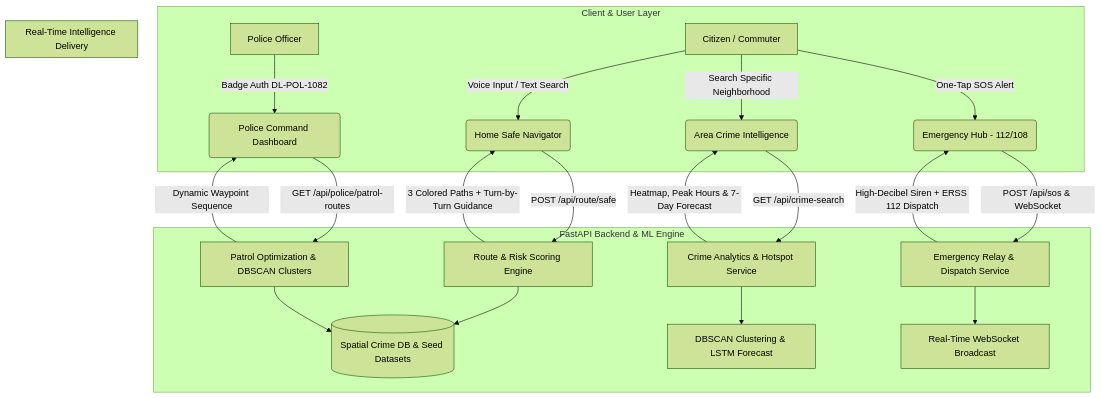
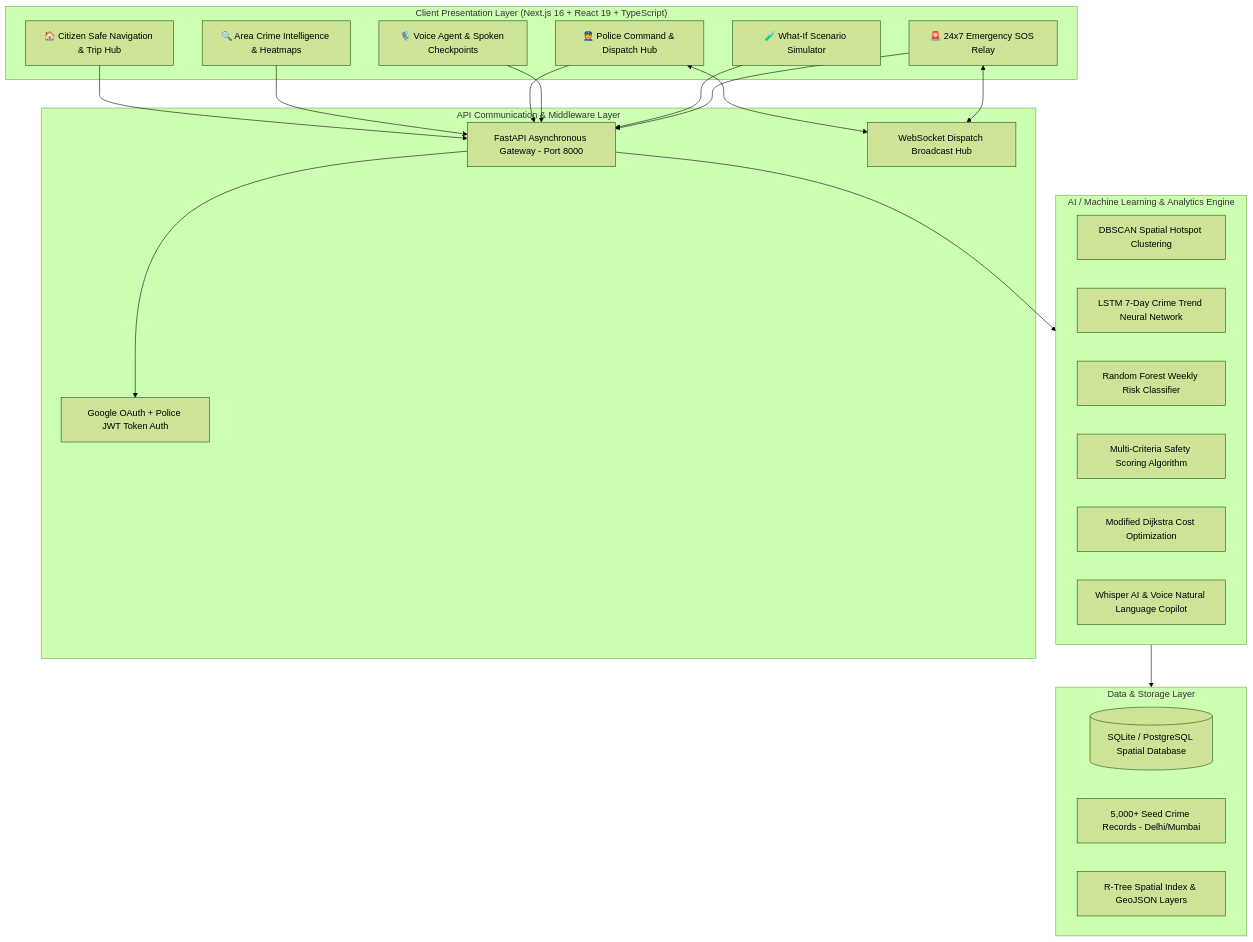
One commit to Ujjawaldixit2911/Rakshak_AI changed the first of 2 diagrams in README.md. Above: the diagram before and after it, drawn with Mermaid (forest theme). The commit also changed other lines of this file, not shown here.

Commit message:
docs: add comprehensive master README with complete API specifications, system architecture, workflow diagrams, and setup instructions

````diff
--- a/README.md
+++ b/README.md
@@ -39,28 +39,38 @@
 ```mermaid
-flowchart TD
-    subgraph ClientLayer ["Client & User Layer"]
-        A[Citizen / Commuter] -->|Voice Input / Text Search| B(Home Safe Navigator)
-        A -->|Search Specific Neighborhood| C(Area Crime Intelligence)
-        A -->|One-Tap SOS Alert| D(Emergency Hub - 112/108)
-        P[Police Officer] -->|Badge Auth DL-POL-1082| E(Police Command Dashboard)
+graph TB
+    subgraph Client ["Client Presentation Layer (Next.js 16 + React 19 + TypeScript)"]
+        UI1[🏠 Citizen Safe Navigation & Trip Hub]
+        UI2[🔍 Area Crime Intelligence & Heatmaps]
+        UI3[👮 Police Command & Dispatch Hub]
+        UI4[🎙️ Voice Agent & Spoken Checkpoints]
+        UI5[🧪 What-If Scenario Simulator]
+        UI6[🚨 24x7 Emergency SOS Relay]
     end
 
-    subgraph APILayer ["FastAPI Backend & ML Engine"]
-        B -->|POST /api/route/safe| F[Route & Risk Scoring Engine]
-        C -->|GET /api/crime-search| G[Crime Analytics & Hotspot Service]
-        D -->|POST /api/sos & WebSocket| H[Emergency Relay & Dispatch Service]
-        E -->|GET /api/police/patrol-routes| I[Patrol Optimization & DBSCAN Clusters]
-        
-        F --> J[(Spatial Crime DB & Seed Datasets)]
-        G --> K[DBSCAN Clustering & LSTM Forecast]
-        H --> L[Real-Time WebSocket Broadcast]
-        I --> J
+    subgraph Gateway ["API Communication & Middleware Layer"]
+        API_GW[FastAPI Asynchronous Gateway - Port 8000]
+        WS_HUB[WebSocket Dispatch Broadcast Hub]
+        AUTH_GW[Google OAuth + Police JWT Token Auth]
     end
 
-    subgraph OutputLayer ["Real-Time Intelligence Delivery"]
-        F -->|3 Colored Paths + Turn-by-Turn Guidance| B
-        G -->|Heatmap, Peak Hours & 7-Day Forecast| C
-        H -->|High-Decibel Siren + ERSS 112 Dispatch| D
-        I -->|Dynamic Waypoint Sequence| E
+    subgraph MLEngine ["AI / Machine Learning & Analytics Engine"]
+        ML1[DBSCAN Spatial Hotspot Clustering]
+        ML2[LSTM 7-Day Crime Trend Neural Network]
+        ML3[Random Forest Weekly Risk Classifier]
+        ML4[Multi-Criteria Safety Scoring Algorithm]
+        ML5[Modified Dijkstra Cost Optimization]
+        ML6[Whisper AI & Voice Natural Language Copilot]
     end
+
+    subgraph DataLayer ["Data & Storage Layer"]
+        DB[(SQLite / PostgreSQL Spatial Database)]
+        SEED[5,000+ Seed Crime Records - Delhi/Mumbai]
+        GEO_INDEX[R-Tree Spatial Index & GeoJSON Layers]
+    end
+
+    UI1 & UI2 & UI3 & UI4 & UI5 & UI6 --> API_GW
+    UI3 & UI6 <--> WS_HUB
+    API_GW --> AUTH_GW
+    API_GW --> MLEngine
+    MLEngine --> DataLayer
 ```
````
